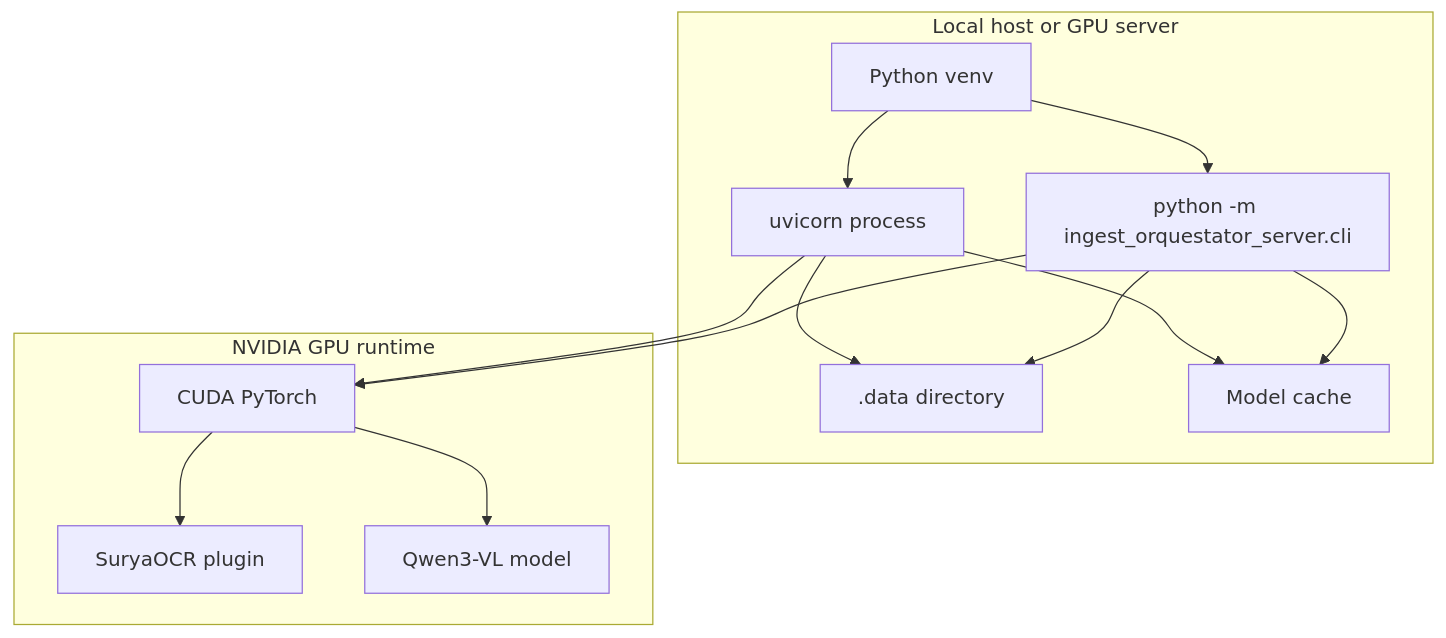
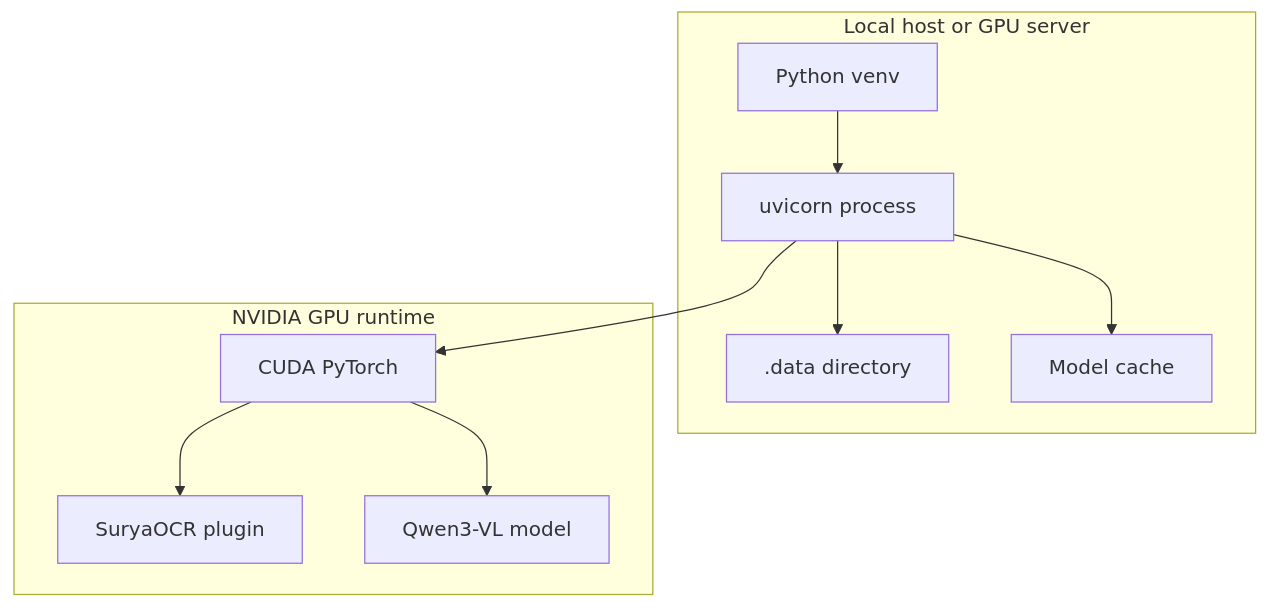
One commit to alrolo3/ingest-orquestator-service changed the seventh of 7 diagrams in docs/architecture-diagram.md. Above: the diagram before and after it, drawn with Mermaid. The commit also changed other lines of this file and 48 other files, not shown here.

````diff
--- a/docs/architecture-diagram.md
+++ b/docs/architecture-diagram.md
@@ -213,27 +203,22 @@
 ```mermaid
 flowchart TB
     subgraph Host["Local host or GPU server"]
         Venv["Python venv"]
         APIProcess["uvicorn process"]
-        CLIProcess["python -m ingest_orquestator_server.cli"]
         DataDir[".data directory"]
         ModelsCache["Model cache"]
     end
 
     subgraph OptionalGPU["NVIDIA GPU runtime"]
         CUDA["CUDA PyTorch"]
         Surya["SuryaOCR plugin"]
         Qwen["Qwen3-VL model"]
     end
 
     Venv --> APIProcess
-    Venv --> CLIProcess
     APIProcess --> DataDir
-    CLIProcess --> DataDir
     APIProcess --> ModelsCache
-    CLIProcess --> ModelsCache
     APIProcess --> CUDA
-    CLIProcess --> CUDA
     CUDA --> Surya
     CUDA --> Qwen
 ```
````
